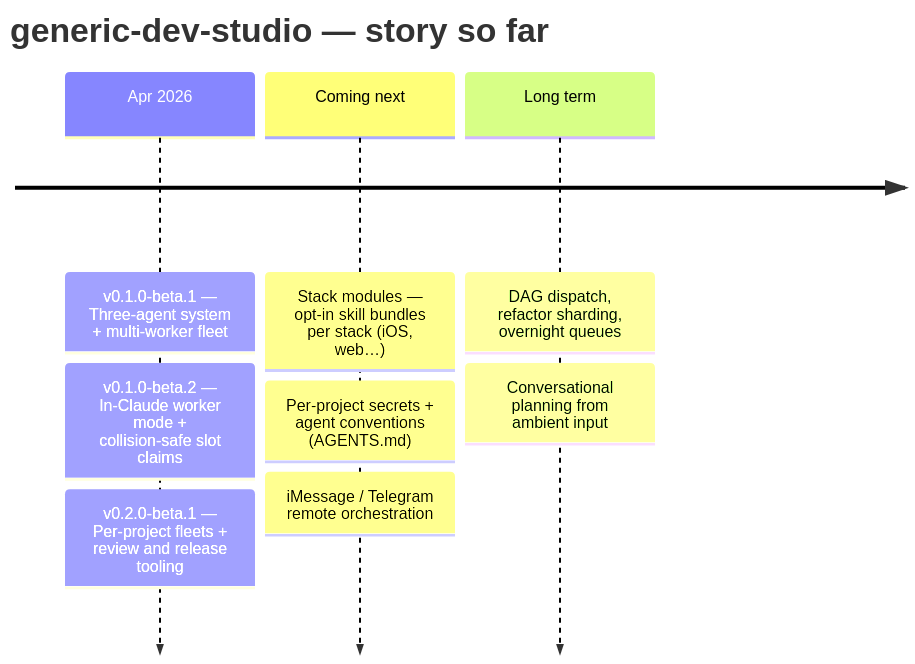
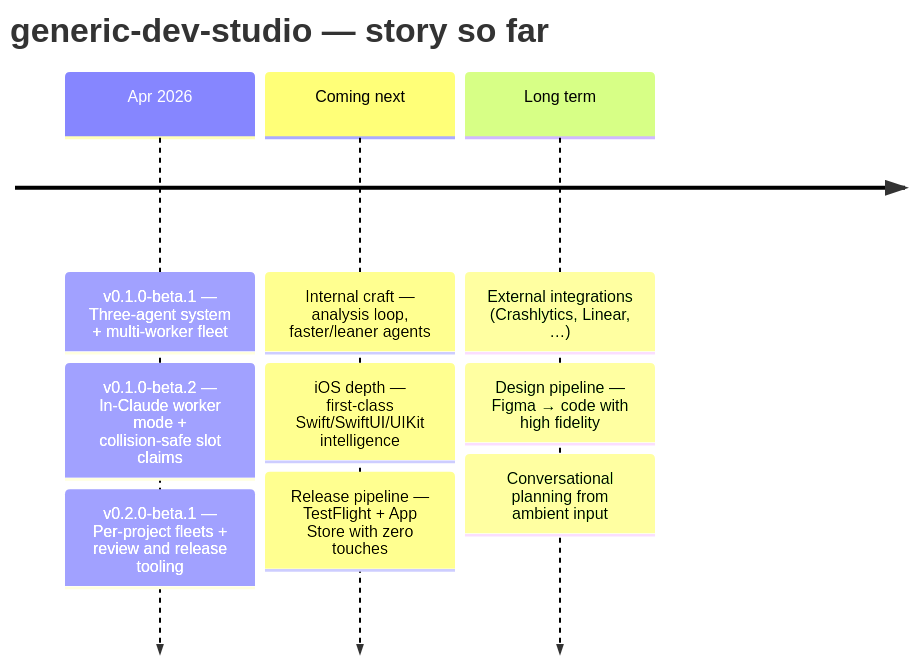
Before and after one commit to v-i-s-h-a-l/generic-dev-studio: the diagram in README.md, drawn with Mermaid. The commit also changed other lines of this file and 2 other files, not shown here.

````diff
--- a/README.md
+++ b/README.md
@@ -13,12 +13,13 @@
 ```mermaid
 timeline
     title generic-dev-studio — story so far
     Apr 2026 : v0.1.0-beta.1 — Three-agent system + multi-worker fleet
              : v0.1.0-beta.2 — In-Claude worker mode + collision-safe slot claims
              : v0.2.0-beta.1 — Per-project fleets + review and release tooling
-    Coming next : Stack modules — opt-in skill bundles per stack (iOS, web…)
-                : Per-project secrets + agent conventions (AGENTS.md)
-                : iMessage / Telegram remote orchestration
-    Long term : DAG dispatch, refactor sharding, overnight queues
+    Coming next : Internal craft — analysis loop, faster/leaner agents
+                : iOS depth — first-class Swift/SwiftUI/UIKit intelligence
+                : Release pipeline — TestFlight + App Store with zero touches
+    Long term : External integrations (Crashlytics, Linear, …)
+              : Design pipeline — Figma → code with high fidelity
               : Conversational planning from ambient input
 ```
````
